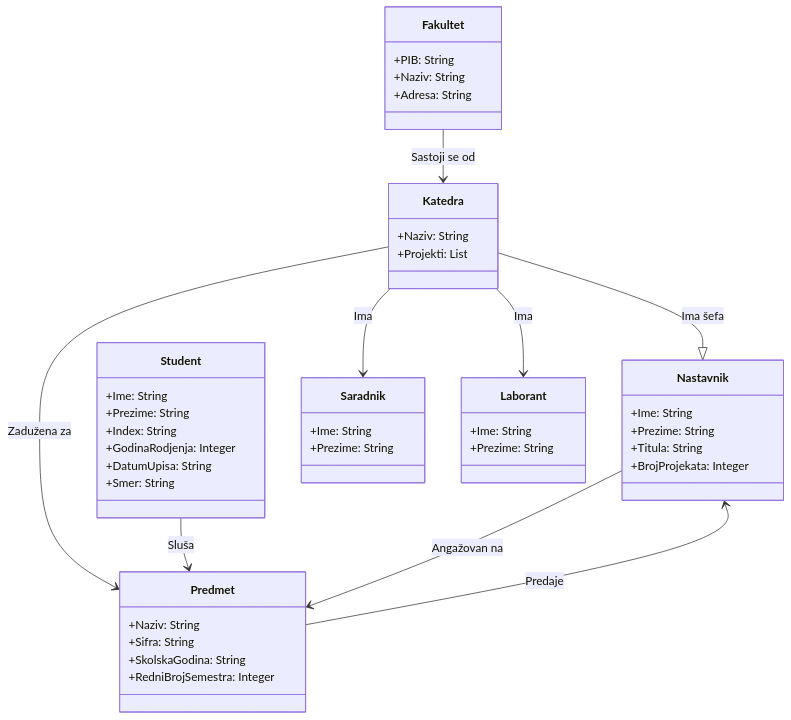
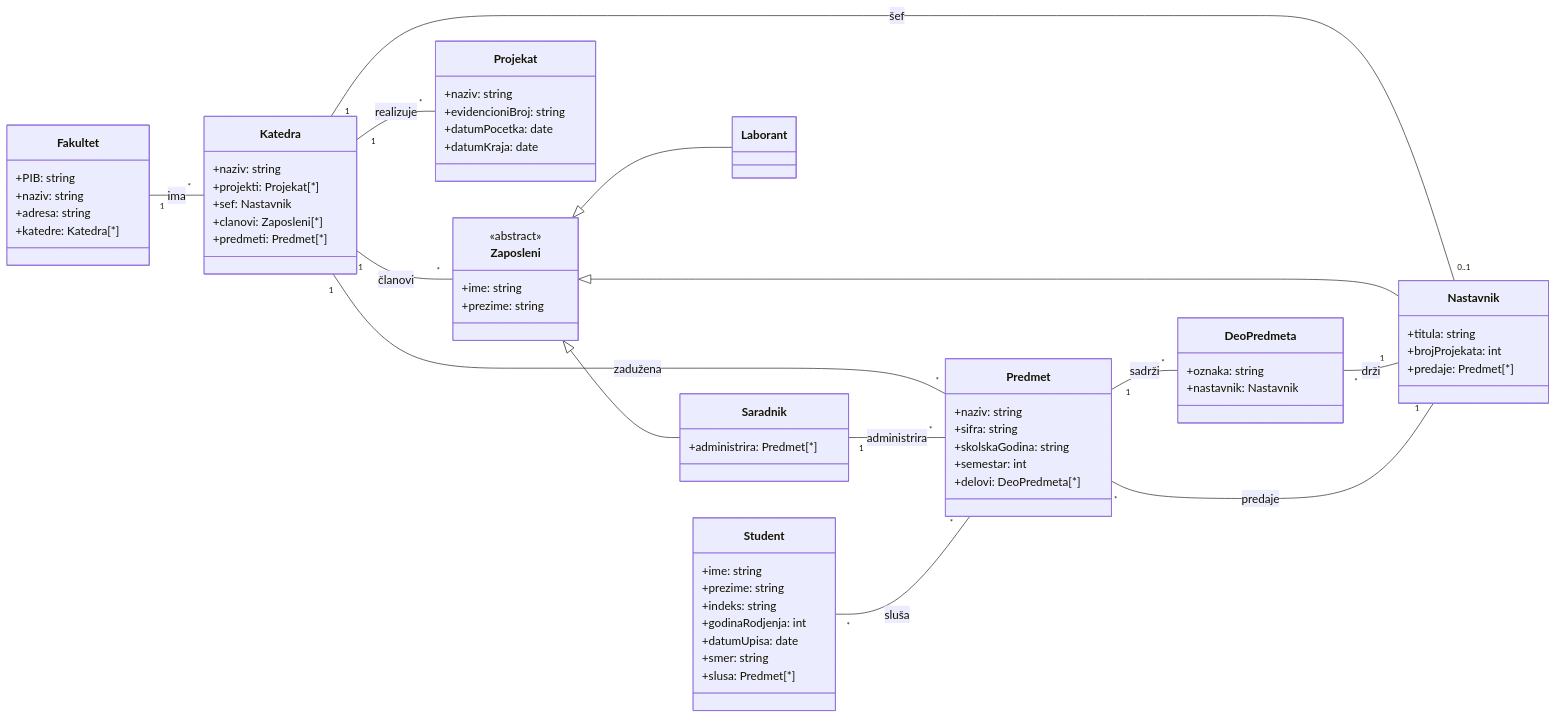
One commit to lazarevicOgnjen/II-godina changed the diagram in oopj/UML/januar-2025.md. Above: the diagram before and after it, drawn with Mermaid.

````diff
--- a/oopj/UML/januar-2025.md
+++ b/oopj/UML/januar-2025.md
@@ -4,55 +4,82 @@
 ```mermaid
 classDiagram
+    direction LR
+
     class Fakultet {
-        +PIB: String
-        +Naziv: String
-        +Adresa: String
+        +PIB: string
+        +naziv: string
+        +adresa: string
+        +katedre: Katedra[*]
     }
-    
+
     class Katedra {
-        +Naziv: String
-        +Projekti: List<String>
+        +naziv: string
+        +projekti: Projekat[*]
+        +sef: Nastavnik
+        +clanovi: Zaposleni[*]
+        +predmeti: Predmet[*]
     }
-    
+
+    class Zaposleni {
+        <<abstract>>
+        +ime: string
+        +prezime: string
+    }
+
+    class Saradnik {
+        +administrira: Predmet[*]
+    }
+
+    class Nastavnik {
+        +titula: string
+        +brojProjekata: int
+        +predaje: Predmet[*]
+    }
+
+    class Laborant {
+    }
+
     class Predmet {
-        +Naziv: String
-        +Sifra: String
-        +SkolskaGodina: String
-        +RedniBrojSemestra: Integer
+        +naziv: string
+        +sifra: string
+        +skolskaGodina: string
+        +semestar: int
+        +delovi: DeoPredmeta[*]
     }
-    
+
+    class DeoPredmeta {
+        +oznaka: string
+        +nastavnik: Nastavnik
+    }
+
+    class Projekat {
+        +naziv: string
+        +evidencioniBroj: string
+        +datumPocetka: date
+        +datumKraja: date
+    }
+
     class Student {
-        +Ime: String
-        +Prezime: String
-        +Index: String
-        +GodinaRodjenja: Integer
-        +DatumUpisa: String
-        +Smer: String
+        +ime: string
+        +prezime: string
+        +indeks: string
+        +godinaRodjenja: int
+        +datumUpisa: date
+        +smer: string
+        +slusa: Predmet[*]
     }
-    
-    class Nastavnik {
-        +Ime: String
-        +Prezime: String
-        +Titula: String
-        +BrojProjekata: Integer
-    }
-    
-    class Saradnik {
-        +Ime: String
-        +Prezime: String
-    }
-    
-    class Laborant {
-        +Ime: String
-        +Prezime: String
-    }
-    
-    Fakultet --> Katedra : Sastoji se od
-    Katedra --|> Nastavnik : Ima šefa
-    Katedra --> Saradnik : Ima
-    Katedra --> Laborant : Ima
-    Katedra --> Predmet : Zadužena za
-    Predmet --> Nastavnik : Predaje
-    Student --> Predmet : Sluša
-    Nastavnik --> Predmet : Angažovan na
+
+    Fakultet "1" -- "*" Katedra : ima
+    Katedra "1" -- "*" Zaposleni : članovi
+    Katedra "1" -- "*" Predmet : zadužena
+    Katedra "1" -- "0..1" Nastavnik : šef
+    Zaposleni <|-- Saradnik
+    Zaposleni <|-- Nastavnik
+    Zaposleni <|-- Laborant
+    Nastavnik "1" -- "*" Predmet : predaje
+    Predmet "1" -- "*" DeoPredmeta : sadrži
+    DeoPredmeta "*" -- "1" Nastavnik : drži
+    Saradnik "1" -- "*" Predmet : administrira
+    Student "*" -- "*" Predmet : sluša
+    Katedra "1" -- "*" Projekat : realizuje
 ```
````
